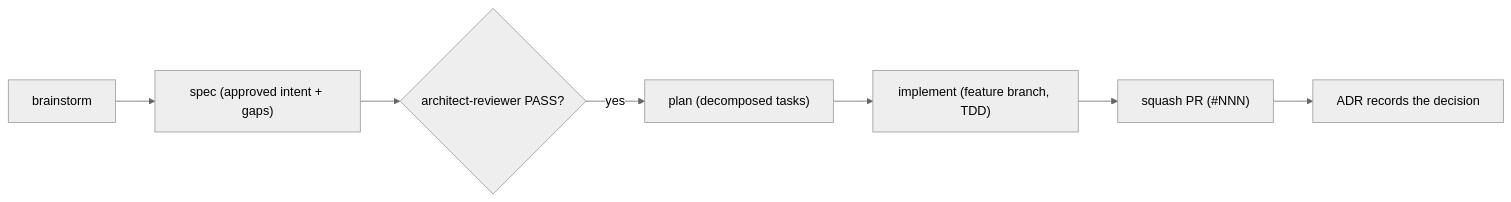
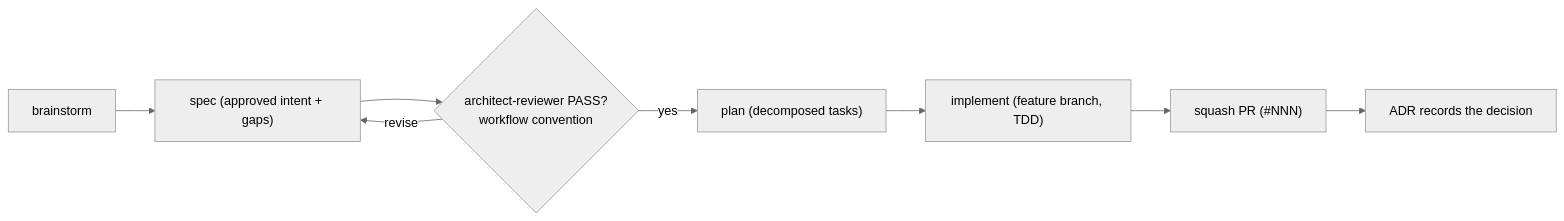
Before and after one commit to erikunha/portfolio: the second of 2 diagrams in docs/handbook/knowledge-architecture.md, drawn with Mermaid (neutral theme). The commit also changed other lines of this file and 10 other files, not shown here.

````diff
--- a/docs/handbook/knowledge-architecture.md
+++ b/docs/handbook/knowledge-architecture.md
@@ -69,9 +69,10 @@
 ```mermaid
 flowchart LR
     brainstorm["brainstorm"] --> spec["spec (approved intent + gaps)"]
-    spec --> gate{"architect-reviewer PASS?"}
+    spec --> gate{"architect-reviewer PASS?<br/>workflow convention"}
+    gate -->|revise| spec
     gate -->|yes| plan["plan (decomposed tasks)"]
     plan --> impl["implement (feature branch, TDD)"]
     impl --> pr["squash PR (#NNN)"]
     pr --> adr["ADR records the decision"]
 ```
````
